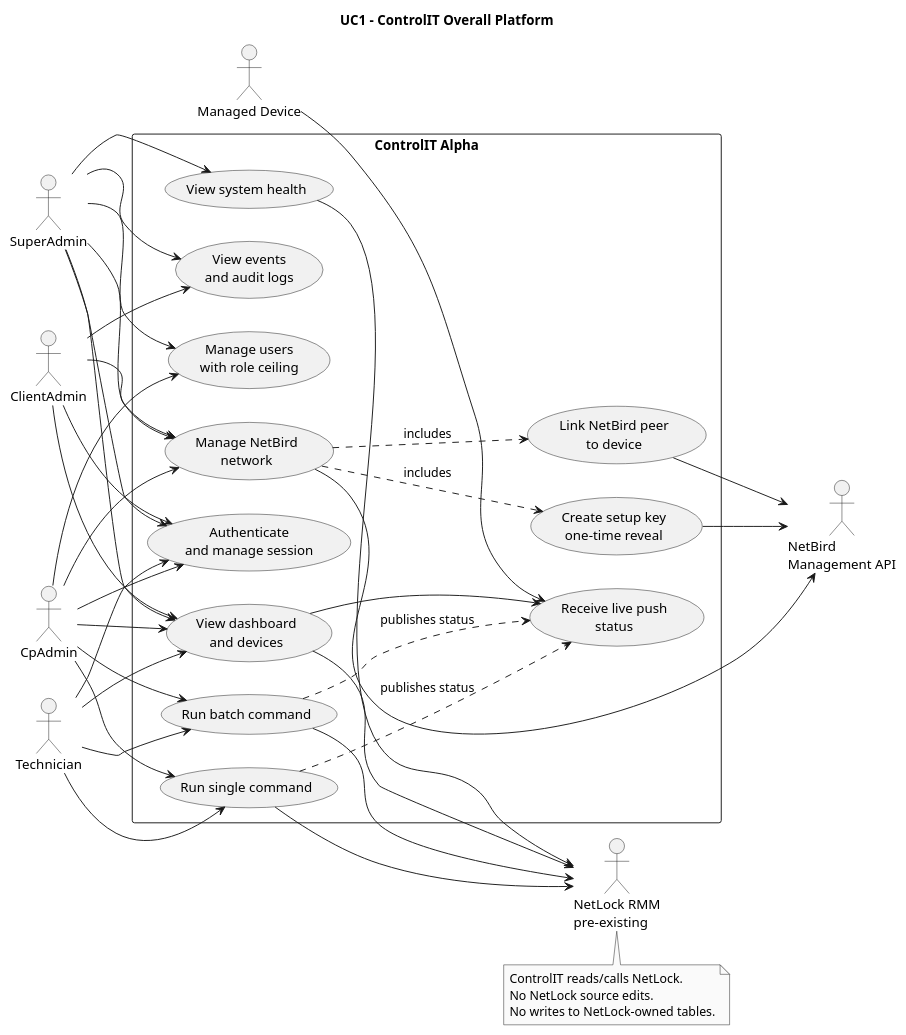
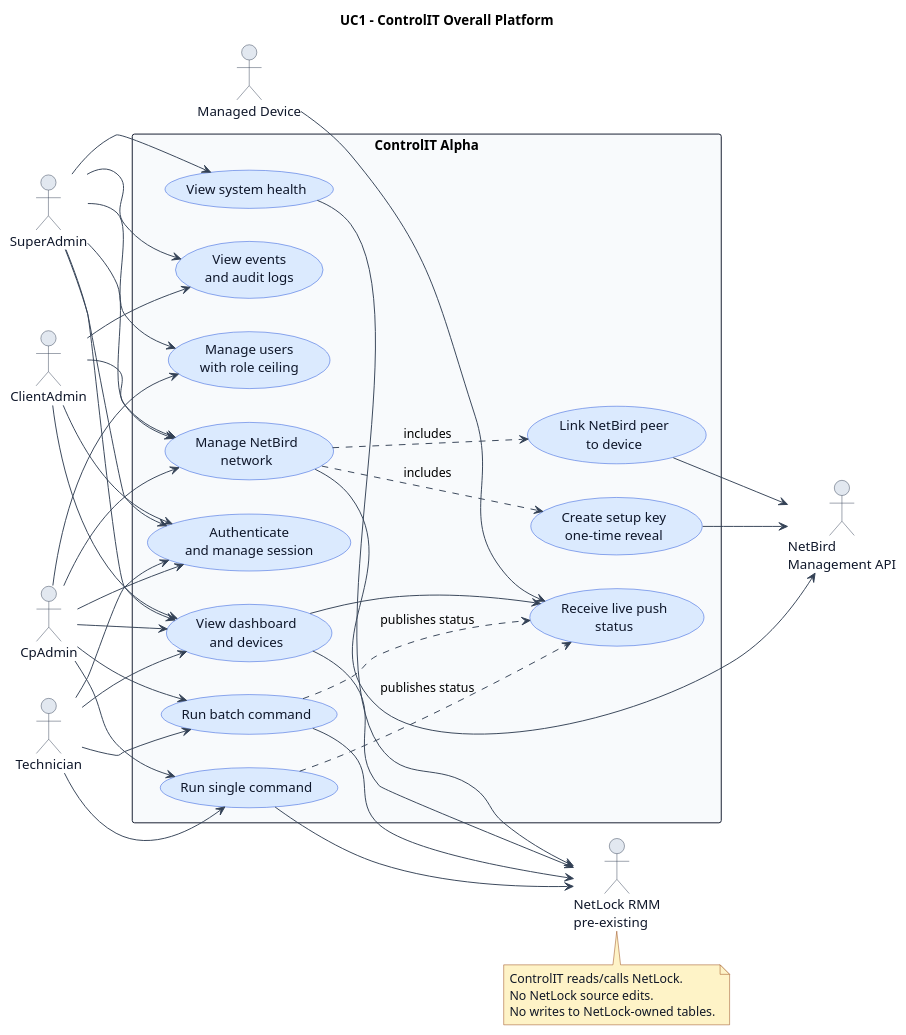
The diagram in diagrams/use-case/uc1-overall.puml (mahir-m01/NetLock-RMM-API-Layer), drawn with PlantUML before and after one commit. The commit also changed 6 other files, not shown here.

Commit message:
docs: refine UML accuracy and use-case styling

```diff
--- a/diagrams/use-case/uc1-overall.puml
+++ b/diagrams/use-case/uc1-overall.puml
@@ -1,75 +1,86 @@
 @startuml uc1-overall
 title UC1 - ControlIT Overall Platform
 left to right direction
-skinparam monochrome true
 skinparam shadowing false
 skinparam backgroundColor white
 skinparam packageStyle rectangle
+skinparam ArrowColor #334155
+skinparam ActorBorderColor #334155
+skinparam ActorBackgroundColor #E2E8F0
+skinparam ActorFontColor #0F172A
+skinparam UsecaseBorderColor #1D4ED8
+skinparam UsecaseBackgroundColor #DBEAFE
+skinparam UsecaseFontColor #0F172A
+skinparam RectangleBorderColor #0F172A
+skinparam RectangleBackgroundColor #F8FAFC
+skinparam NoteBorderColor #92400E
+skinparam NoteBackgroundColor #FEF3C7
+skinparam NoteFontColor #111827
 
 actor "SuperAdmin" as SuperAdmin
 actor "CpAdmin" as CpAdmin
 actor "ClientAdmin" as ClientAdmin
 actor "Technician" as Technician
 actor "Managed Device" as Device
 actor "NetLock RMM\npre-existing" as NetLock
 actor "NetBird\nManagement API" as NetBird
 
-rectangle "ControlIT Alpha" {
+rectangle "ControlIT Alpha" #F8FAFC {
   usecase "Authenticate\nand manage session" as Auth
   usecase "Manage users\nwith role ceiling" as Users
   usecase "View dashboard\nand devices" as Dashboard
   usecase "Receive live push\nstatus" as Push
   usecase "Run single command" as Command
   usecase "Run batch command" as Batch
   usecase "View events\nand audit logs" as Audit
   usecase "Manage NetBird\nnetwork" as Network
   usecase "Create setup key\none-time reveal" as SetupKey
   usecase "Link NetBird peer\nto device" as LinkPeer
   usecase "View system health" as Health
 }
 
 SuperAdmin --> Auth
 SuperAdmin --> Users
 SuperAdmin --> Dashboard
 SuperAdmin --> Audit
 SuperAdmin --> Network
 SuperAdmin --> Health
 
 CpAdmin --> Auth
 CpAdmin --> Users
 CpAdmin --> Dashboard
 CpAdmin --> Network
 CpAdmin --> Command
 CpAdmin --> Batch
 
 ClientAdmin --> Auth
 ClientAdmin --> Dashboard
 ClientAdmin --> Network
 ClientAdmin --> Audit
 
 Technician --> Auth
 Technician --> Dashboard
 Technician --> Command
 Technician --> Batch
 
 Device --> Push
 Dashboard --> Push
 Command --> NetLock
 Batch --> NetLock
 Dashboard --> NetLock
 Health --> NetLock
 Network --> NetBird
 SetupKey --> NetBird
 LinkPeer --> NetBird
 
 Network ..> SetupKey : includes
 Network ..> LinkPeer : includes
 Command ..> Push : publishes status
 Batch ..> Push : publishes status
 
 note bottom of NetLock
   ControlIT reads/calls NetLock.
   No NetLock source edits.
   No writes to NetLock-owned tables.
 end note
 @enduml
```
